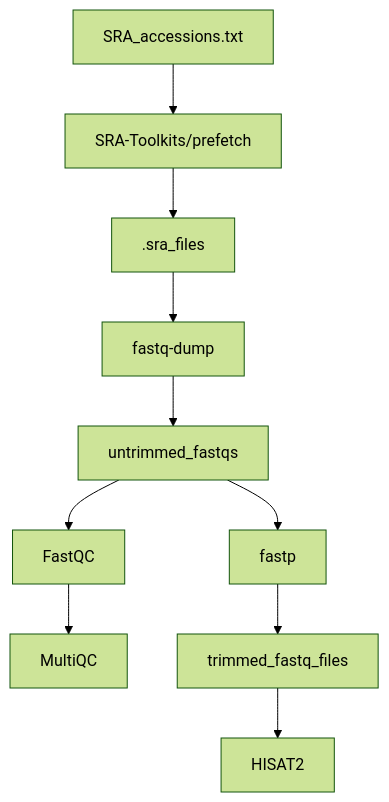
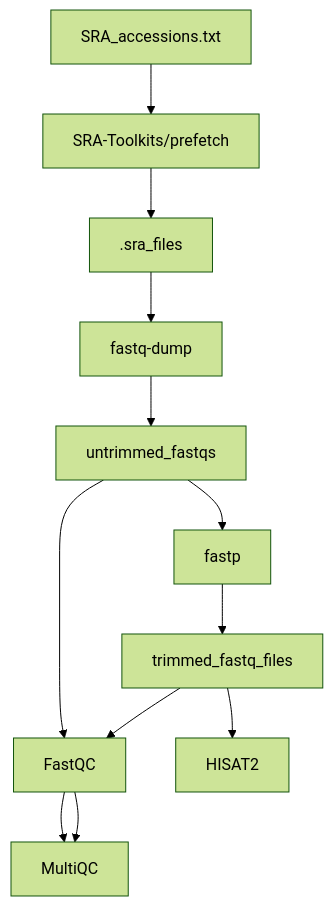
One commit to aharia22/Novel-Biomarker-Prediction-for-Lung-Cancer changed the diagram in README.md. Above: the diagram before and after it, drawn with Mermaid (forest theme).

````diff
--- a/README.md
+++ b/README.md
@@ -16,12 +16,14 @@
 ```mermaid
 graph TD;
     SRA_accessions.txt-->SRA-Toolkits/prefetch;
     SRA-Toolkits/prefetch-->.sra_files;
     .sra_files-->fastq-dump;
     fastq-dump-->untrimmed_fastqs;
     untrimmed_fastqs-->FastQC;
     FastQC-->MultiQC
     untrimmed_fastqs-->fastp;
     fastp-->trimmed_fastq_files;
+    trimmed_fastq_files-->FastQC;
+    FastQC-->MultiQC;
     trimmed_fastq_files-->HISAT2;
 ```
````
